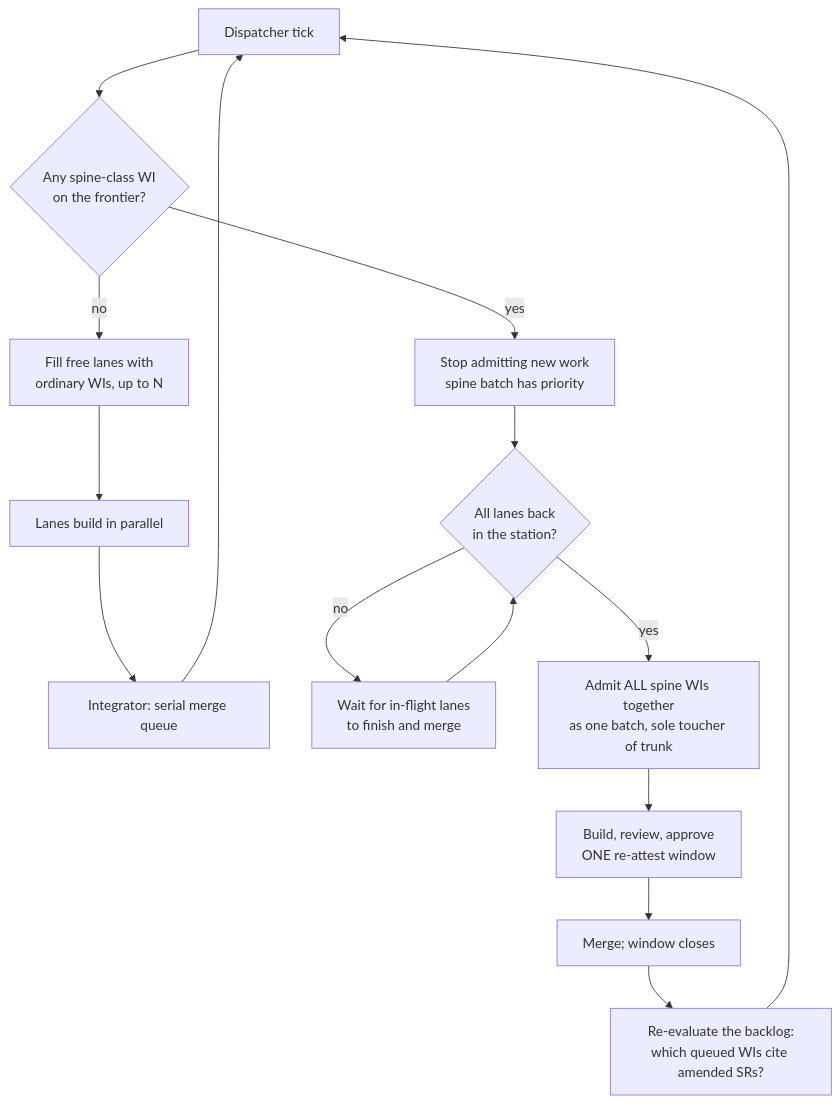
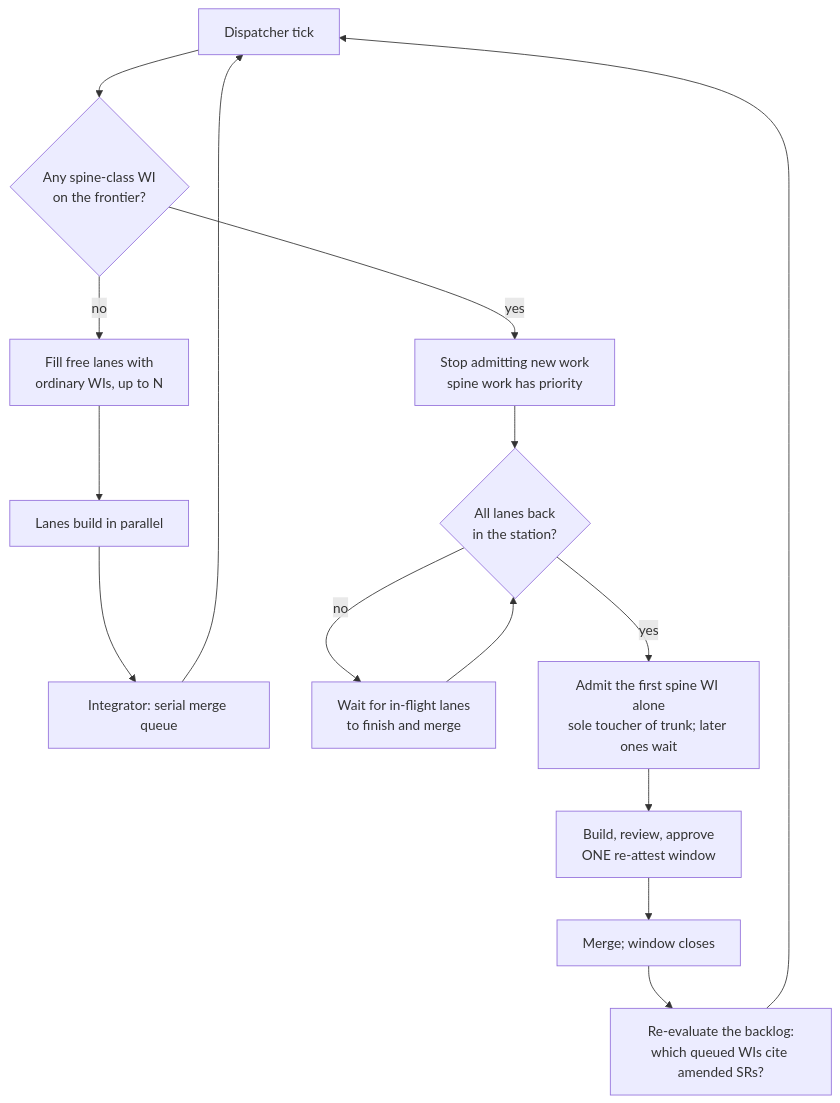
One commit to diytechy/ai-template changed the third of 3 diagrams in docs/concurrency-v2.md. Above: the diagram before and after it, drawn with Mermaid. The commit also changed other lines of this file and 103 other files, not shown here.

````diff
--- a/docs/concurrency-v2.md
+++ b/docs/concurrency-v2.md
@@ -463,18 +473,18 @@
 ```mermaid
 flowchart TD
     A[Dispatcher tick] --> B{Any spine-class WI<br/>on the frontier?}
     B -- no --> C[Fill free lanes with<br/>ordinary WIs, up to N]
     C --> D[Lanes build in parallel]
     D --> E[Integrator: serial merge queue]
     E --> A
 
-    B -- yes --> F[Stop admitting new work<br/>spine batch has priority]
+    B -- yes --> F[Stop admitting new work<br/>spine work has priority]
     F --> G{All lanes back<br/>in the station?}
     G -- no --> H[Wait for in-flight lanes<br/>to finish and merge]
     H --> G
-    G -- yes --> I[Admit ALL spine WIs together<br/>as one batch, sole toucher of trunk]
+    G -- yes --> I[Admit the first spine WI alone<br/>sole toucher of trunk; later ones wait]
     I --> J[Build, review, approve<br/>ONE re-attest window]
     J --> K[Merge; window closes]
     K --> L[Re-evaluate the backlog:<br/>which queued WIs cite amended SRs?]
     L --> A
 ```
````
